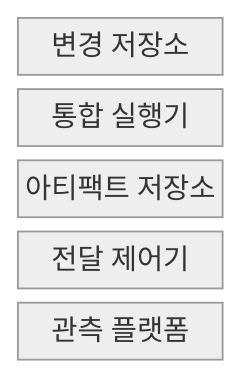
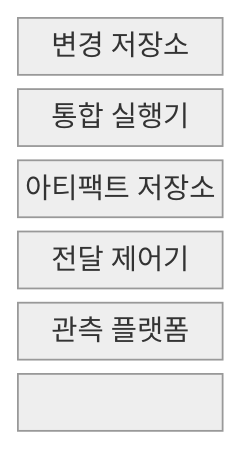
Before and after one commit to agnusdei1207/knowledge-base: the first of 2 diagrams in src/content/docs/notes/03-software/056_devops_pipeline.md, drawn with Mermaid (neutral theme). The commit also changed other lines of this file and 238 other files, not shown here.

````diff
--- a/src/content/docs/notes/03-software/056_devops_pipeline.md
+++ b/src/content/docs/notes/03-software/056_devops_pipeline.md
@@ -57,9 +57,11 @@
 ```mermaid
-block
+block-beta
   columns 1
   S["변경 저장소"]
   C["통합 실행기"]
   A["아티팩트 저장소"]
   D["전달 제어기"]
   O["관측 플랫폼"]
+  S --- C --- A
+  A --- D --- O
 ```
````
